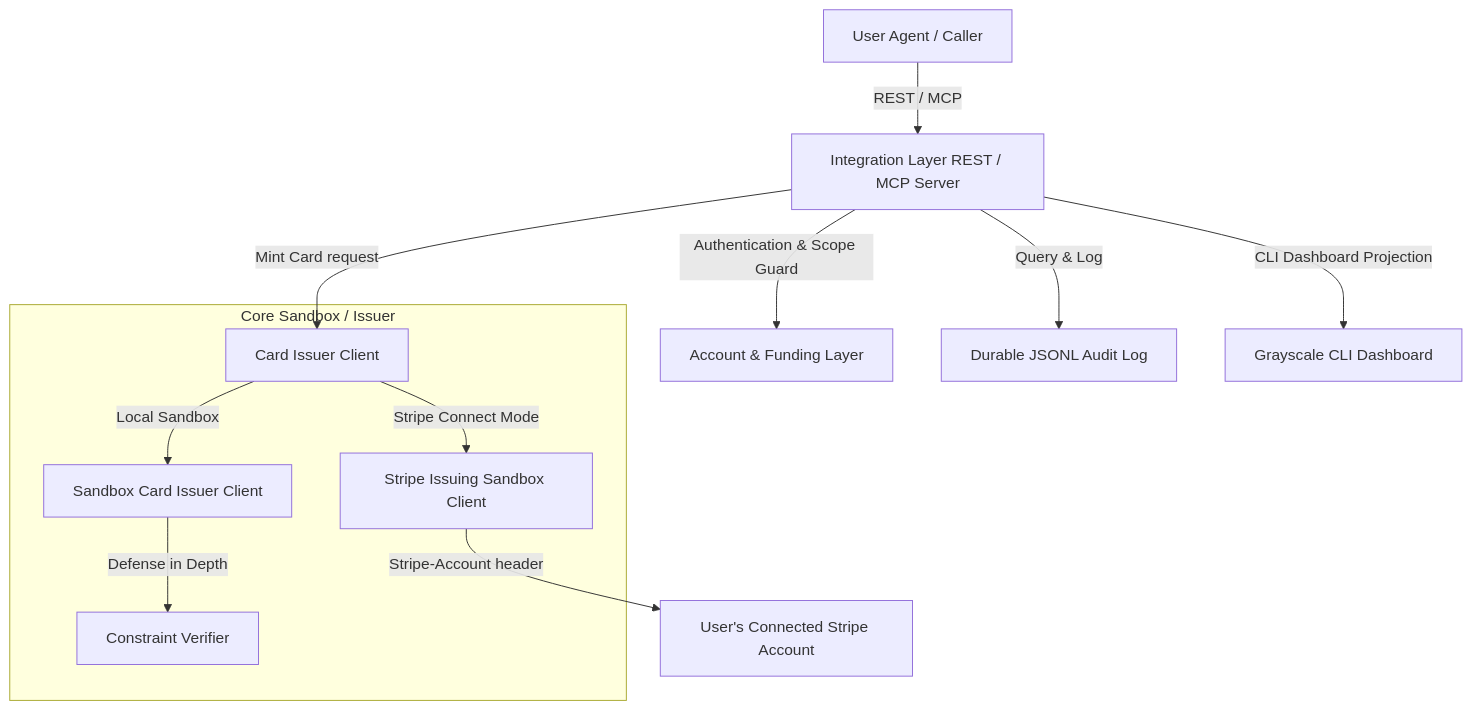
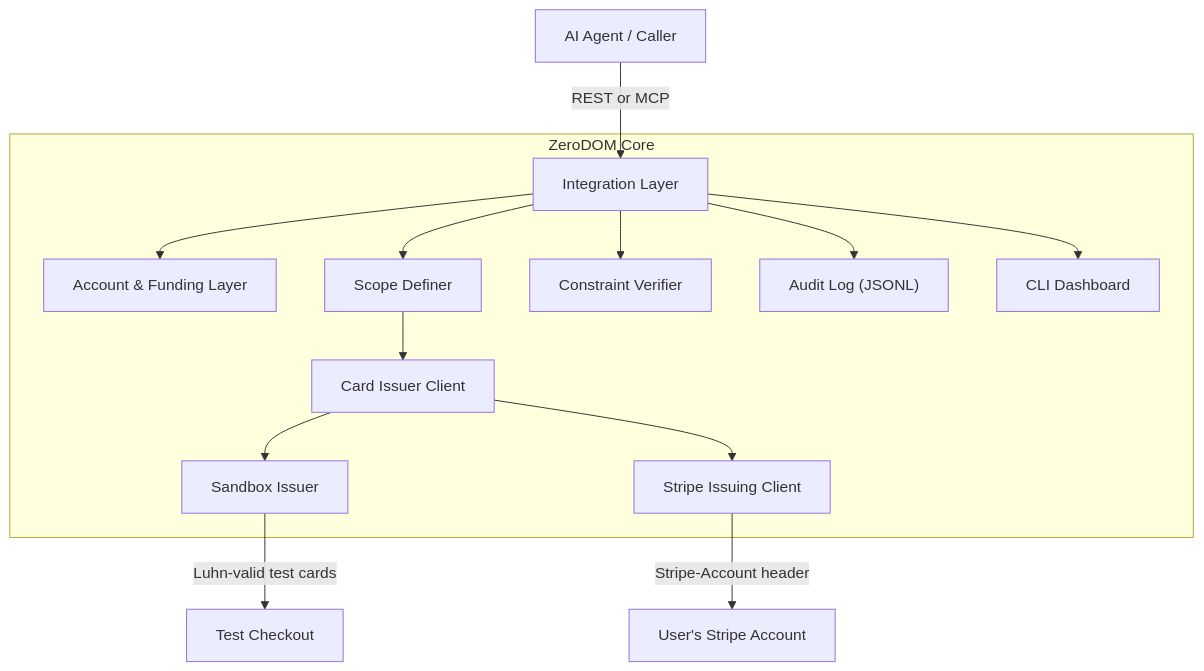
One commit to Ramprasad4121/ZeroDOM changed the diagram in README.md. Above: the diagram before and after it, drawn with Mermaid. The commit also changed other lines of this file, not shown here.

````diff
--- a/README.md
+++ b/README.md
@@ -37,17 +121,18 @@
 ```mermaid
 graph TD
-    P[User Agent / Caller] -->|REST / MCP| IL[Integration Layer REST / MCP Server]
-    IL -->|Authentication & Scope Guard| AS[Account & Funding Layer]
-    IL -->|Mint Card request| IC[Card Issuer Client]
-    
-    subgraph Core Sandbox / Issuer
-        IC -->|Local Sandbox| SC[Sandbox Card Issuer Client]
-        IC -->|Stripe Connect Mode| ST[Stripe Issuing Sandbox Client]
-        SC -->|Defense in Depth| CV[Constraint Verifier]
+    Agent["AI Agent / Caller"] -->|REST or MCP| IL["Integration Layer"]
+
+    subgraph ZeroDOM Core
+        IL --> AS["Account & Funding Layer"]
+        IL --> SD["Scope Definer"]
+        SD --> IC["Card Issuer Client"]
+        IC --> SC["Sandbox Issuer"]
+        IC --> ST["Stripe Issuing Client"]
+        IL --> CV["Constraint Verifier"]
+        IL --> AL["Audit Log (JSONL)"]
+        IL --> DB["CLI Dashboard"]
     end
-    
-    IL -->|Query & Log| AL[Durable JSONL Audit Log]
-    IL -->|CLI Dashboard Projection| DB[Grayscale CLI Dashboard]
-    
-    ST -->|Stripe-Account header| SA[User's Connected Stripe Account]
+
+    ST -->|"Stripe-Account header"| SA["User's Stripe Account"]
+    SC -->|"Luhn-valid test cards"| TC["Test Checkout"]
 ```
````
